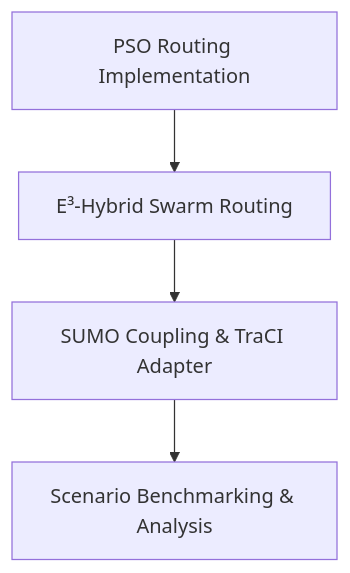
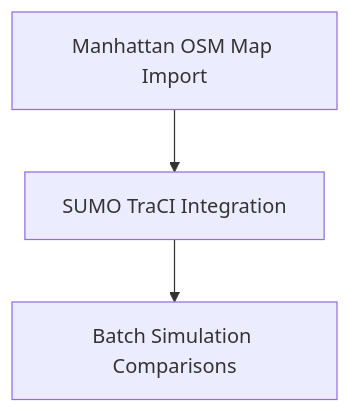
The diagram in docs/THESIS_BUILD_TRACKER.md (sakibisactive/THESIS_P3), drawn with Mermaid before and after one commit. The commit also changed other lines of this file and 48 other files, not shown here.

Commit message:
Complete Phase 4.2: SUMO TraCI coupling, Manhattan network validation, and batch runner implementation

````diff
--- a/docs/THESIS_BUILD_TRACKER.md
+++ b/docs/THESIS_BUILD_TRACKER.md
@@ -65,6 +85,5 @@
 ```mermaid
 graph TD
-    B[PSO Routing Implementation] --> C[E³-Hybrid Swarm Routing]
-    C --> D[SUMO Coupling & TraCI Adapter]
-    D --> E[Scenario Benchmarking & Analysis]
+    A[Manhattan OSM Map Import] --> B[SUMO TraCI Integration]
+    B --> C[Batch Simulation Comparisons]
 ```
````
